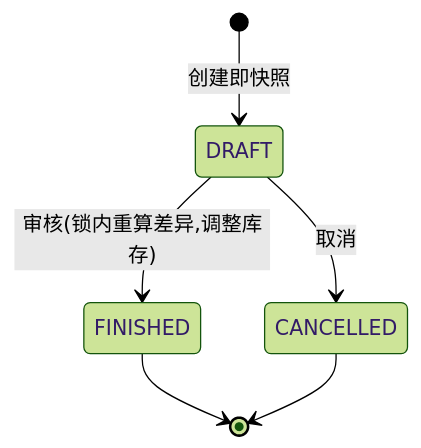
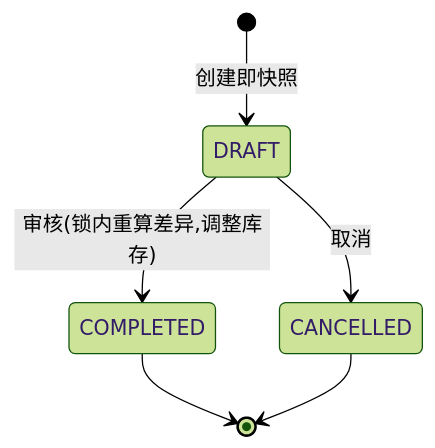
Before and after one commit to mengw-dev/go-wms: the third of 4 diagrams in docs/requirements.md, drawn with Mermaid (forest theme). The commit also changed other lines of this file and 5 other files, not shown here.

````diff
--- a/docs/requirements.md
+++ b/docs/requirements.md
@@ -167,8 +167,8 @@
 ```mermaid
 stateDiagram-v2
     [*] --> DRAFT: 创建即快照
-    DRAFT --> FINISHED: 审核(锁内重算差异,调整库存)
+    DRAFT --> COMPLETED: 审核(锁内重算差异,调整库存)
     DRAFT --> CANCELLED: 取消
-    FINISHED --> [*]
+    COMPLETED --> [*]
     CANCELLED --> [*]
 ```
````
